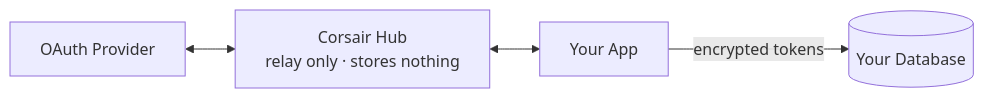
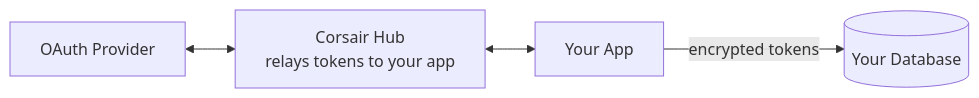
Before and after one commit to corsairdev/corsair: the diagram in docs/hub/overview.mdx, drawn with Mermaid. The commit also changed other lines of this file and 88 other files, not shown here.

````diff
--- a/docs/hub/overview.mdx
+++ b/docs/hub/overview.mdx
@@ -24,11 +26,11 @@
 ```mermaid
 flowchart LR
     Prov[OAuth Provider]
-    Hub["Corsair Hub<br/>relay only · stores nothing"]
+    Hub["Corsair Hub<br/>relays tokens to your app"]
     App[Your App]
     DB[(Your Database)]
 
     Prov <--> Hub
     Hub <--> App
     App -->|encrypted tokens| DB
 ```
````
